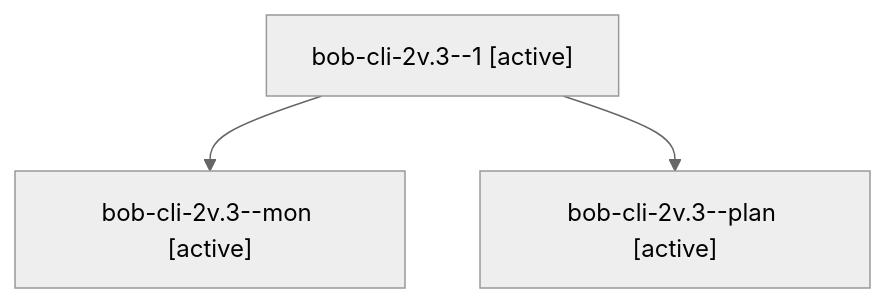
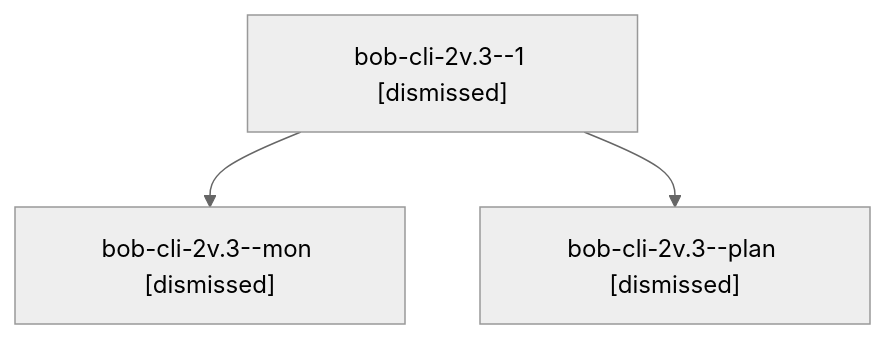
One commit to bobs-org/bob-cli--agents changed the diagram in sessions/bbugyi200.apollo.bob-cli-2v.3.md. Above: the diagram before and after it, drawn with Mermaid (neutral theme). The commit also changed other lines of this file and 64 other files, not shown here.

````diff
--- a/sessions/bbugyi200.apollo.bob-cli-2v.3.md
+++ b/sessions/bbugyi200.apollo.bob-cli-2v.3.md
@@ -9,8 +9,8 @@
 ```mermaid
 flowchart TD
-  n0["bob-cli-2v.3--1 [active]"]
-  n1["bob-cli-2v.3--mon [active]"]
+  n0["bob-cli-2v.3--1 [dismissed]"]
+  n1["bob-cli-2v.3--mon [dismissed]"]
   n0 --> n1
-  n2["bob-cli-2v.3--plan [active]"]
+  n2["bob-cli-2v.3--plan [dismissed]"]
   n0 --> n2
 ```
````
